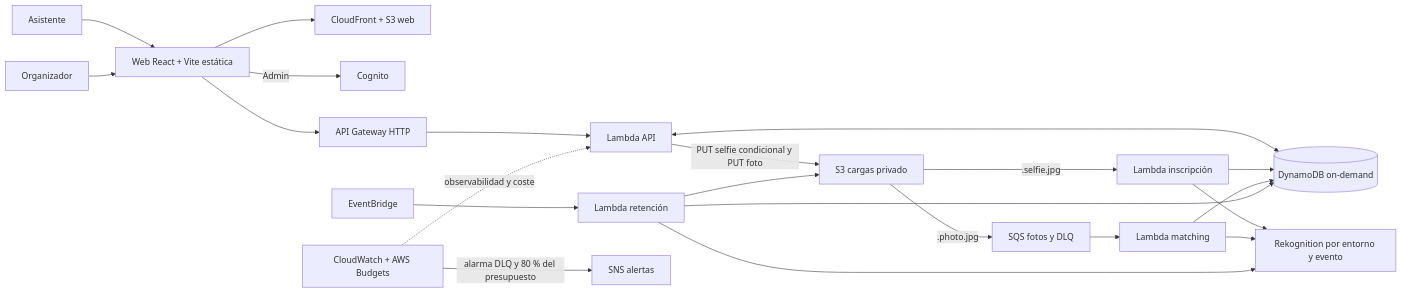
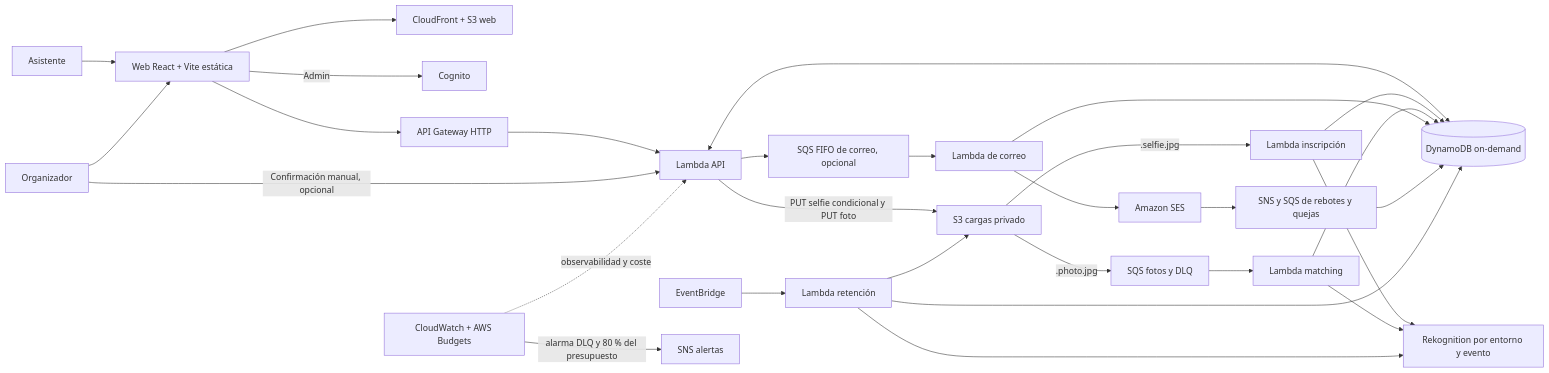
Before and after one commit to upc-malvaviscos/findly: the diagram in README.md, drawn with Mermaid. The commit also changed other lines of this file and 61 other files, not shown here.

````diff
--- a/README.md
+++ b/README.md
@@ -36,24 +37,31 @@
 ```mermaid
 flowchart LR
   A[Asistente] --> W[Web React + Vite estática]
   O[Organizador] --> W
   W --> CF[CloudFront + S3 web]
   W -->|Admin| C[Cognito]
   W --> G[API Gateway HTTP]
   G --> API[Lambda API]
   API <--> D[(DynamoDB on-demand)]
   API -->|PUT selfie condicional y PUT foto| S[S3 cargas privado]
   S -->|.selfie.jpg| E[Lambda inscripción]
   E --> R[Rekognition por entorno y evento]
   S -->|.photo.jpg| Q[SQS fotos y DLQ]
   Q --> M[Lambda matching]
   M --> R
   E --> D
   M --> D
+  O -->|Confirmación manual, opcional| API
+  API --> EQ[SQS FIFO de correo, opcional]
+  EQ --> EM[Lambda de correo]
+  EM --> D
+  EM --> SES[Amazon SES]
+  SES --> EF[SNS y SQS de rebotes y quejas]
+  EF --> D
   EB[EventBridge] --> X[Lambda retención]
   X --> S
   X --> D
   X --> R
   CW[CloudWatch + AWS Budgets] -. observabilidad y coste .-> API
   CW -->|alarma DLQ y 80 % del presupuesto| SNS[SNS alertas]
 ```
````
